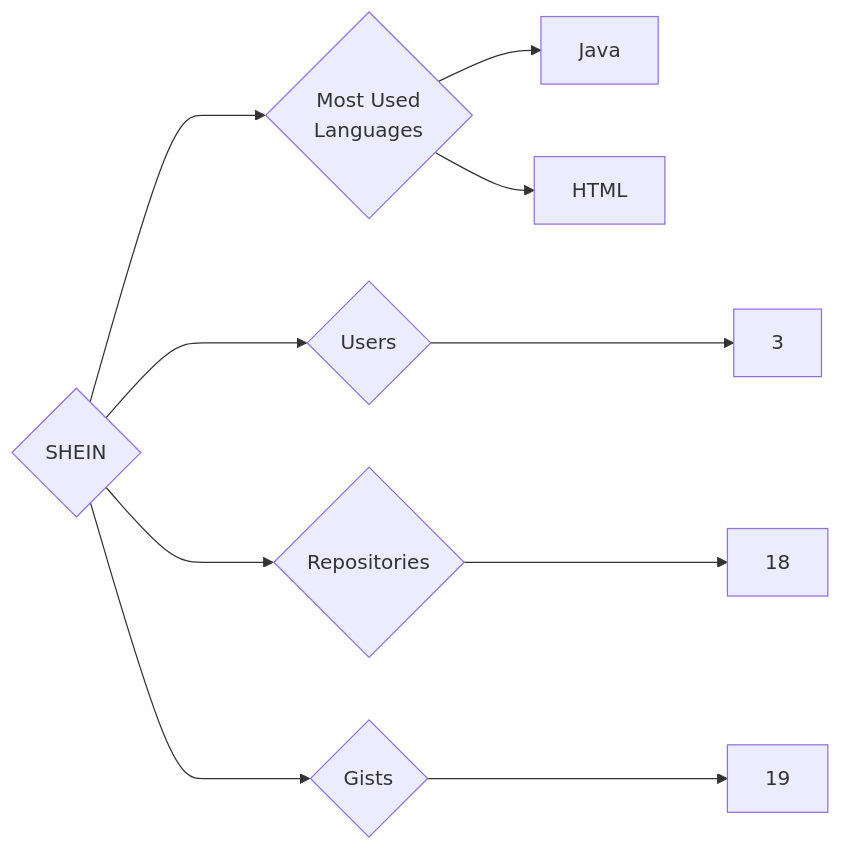
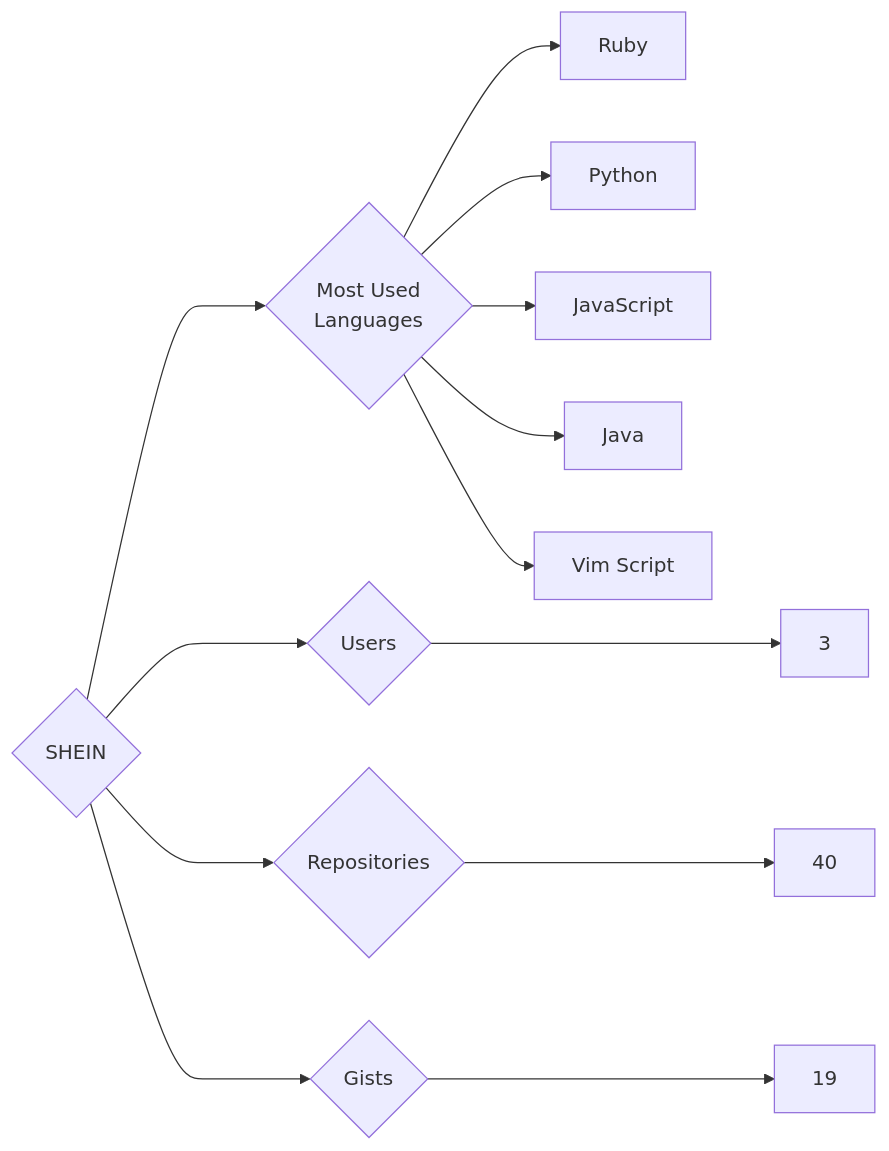
The diagram in targets/SHEIN/README.md (trickest/insiders), drawn with Mermaid before and after one commit. The commit also changed 797 other files, not shown here.

````diff
--- a/targets/SHEIN/README.md
+++ b/targets/SHEIN/README.md
@@ -3,10 +3,13 @@
 ```mermaid
 graph LR
 COMPANY_NAME{SHEIN}
 COMPANY_NAME ---> U{Users} ---> UN[3]
-COMPANY_NAME ---> R{Repositories} ---> RN[18]
+COMPANY_NAME ---> R{Repositories} ---> RN[40]
 COMPANY_NAME ---> G{Gists} ---> GN[19]
 COMPANY_NAME ---> ML{Most Used<br>Languages}
+ML --> Ruby[Ruby]
+ML --> Python[Python]
+ML --> JavaScript[JavaScript]
 ML --> Java[Java]
-ML --> HTML[HTML]
+ML --> Vim_Script[Vim Script]
 ```
````
